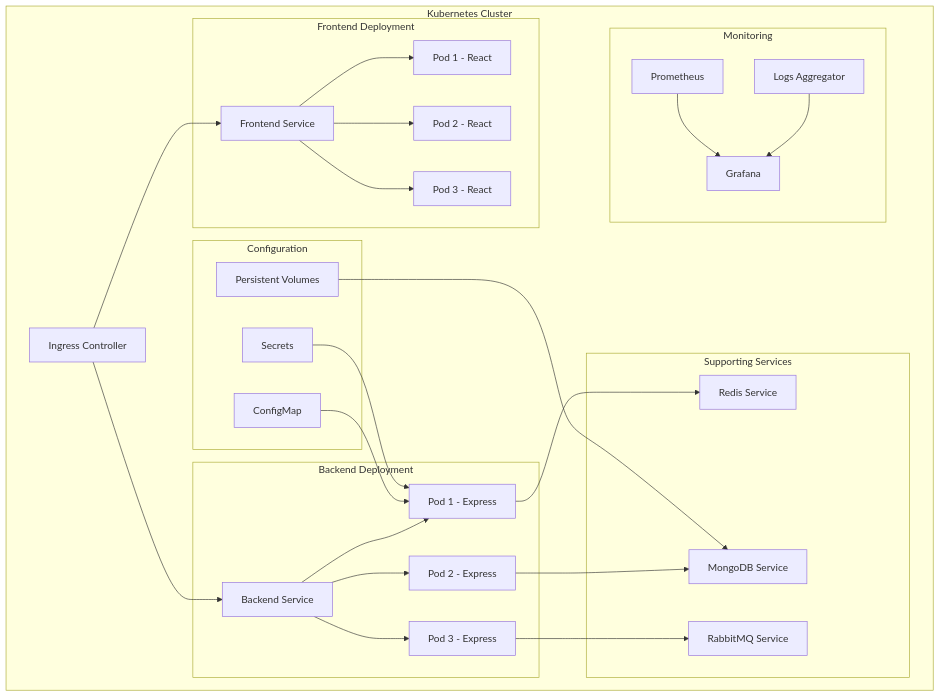
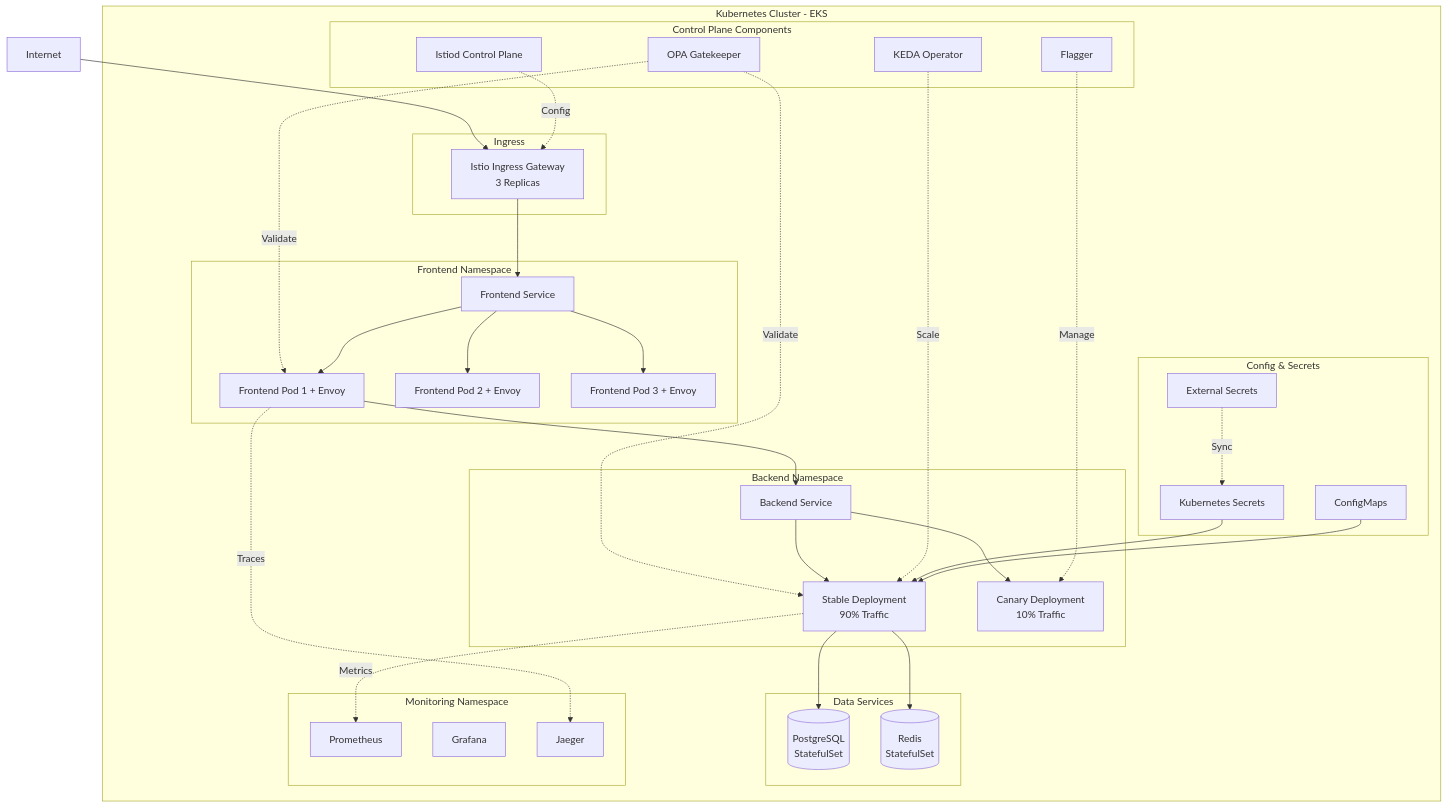
Diagram 23 of 26 in ARCHITECTURE.md (Derek-miranda/DocuThinker-AI), drawn with Mermaid before and after one commit. The commit also changed other lines of this file and 36 other files, not shown here.

````diff
--- a/ARCHITECTURE.md
+++ b/ARCHITECTURE.md
@@ -1014,60 +1790,71 @@
 ```mermaid
 graph TB
-    subgraph "Kubernetes Cluster"
-        A[Ingress Controller]
-
-        subgraph "Frontend Deployment"
-            B[Frontend Service]
-            C[Pod 1 - React]
-            D[Pod 2 - React]
-            E[Pod 3 - React]
+    subgraph "Kubernetes Cluster - EKS"
+        subgraph "Control Plane Components"
+            ISTIOD[Istiod Control Plane]
+            OPA_CTRL[OPA Gatekeeper]
+            FLAGGER_CTRL[Flagger]
+            KEDA_CTRL[KEDA Operator]
         end
 
-        subgraph "Backend Deployment"
-            F[Backend Service]
-            G[Pod 1 - Express]
-            H[Pod 2 - Express]
-            I[Pod 3 - Express]
+        subgraph "Ingress"
+            ISTIO_IG[Istio Ingress Gateway<br/>3 Replicas]
         end
 
-        subgraph "Supporting Services"
-            J[Redis Service]
-            K[MongoDB Service]
-            L[RabbitMQ Service]
+        subgraph "Frontend Namespace"
+            FE_SVC[Frontend Service]
+            FE1[Frontend Pod 1 + Envoy]
+            FE2[Frontend Pod 2 + Envoy]
+            FE3[Frontend Pod 3 + Envoy]
         end
 
-        subgraph "Configuration"
-            M[ConfigMap]
-            N[Secrets]
-            O[Persistent Volumes]
+        subgraph "Backend Namespace"
+            BE_SVC[Backend Service]
+            BE_STABLE[Stable Deployment<br/>90% Traffic]
+            BE_CANARY[Canary Deployment<br/>10% Traffic]
         end
 
-        subgraph "Monitoring"
-            P[Prometheus]
-            Q[Grafana]
-            R[Logs Aggregator]
+        subgraph "Data Services"
+            PG_SVC[(PostgreSQL<br/>StatefulSet)]
+            REDIS_SVC[(Redis<br/>StatefulSet)]
+        end
+
+        subgraph "Monitoring Namespace"
+            PROM[Prometheus]
+            GRAF[Grafana]
+            JAEGER[Jaeger]
+        end
+
+        subgraph "Config & Secrets"
+            CM[ConfigMaps]
+            SECRET[Kubernetes Secrets]
+            ESO[External Secrets]
         end
     end
 
-    A --> B
-    A --> F
+    INTERNET[Internet] --> ISTIO_IG
 
-    B --> C
-    B --> D
-    B --> E
+    ISTIOD -.->|Config| ISTIO_IG
+    OPA_CTRL -.->|Validate| FE1
+    OPA_CTRL -.->|Validate| BE_STABLE
 
-    F --> G
-    F --> H
-    F --> I
+    ISTIO_IG --> FE_SVC
+    FE_SVC --> FE1 & FE2 & FE3
 
-    G --> J
-    H --> K
-    I --> L
+    FE1 --> BE_SVC
+    BE_SVC --> BE_STABLE
+    BE_SVC --> BE_CANARY
 
-    M --> G
-    N --> G
-    O --> K
+    FLAGGER_CTRL -.->|Manage| BE_CANARY
+    KEDA_CTRL -.->|Scale| BE_STABLE
 
-    P --> Q
-    R --> Q
+    BE_STABLE --> PG_SVC
+    BE_STABLE --> REDIS_SVC
+
+    BE_STABLE -.->|Metrics| PROM
+    FE1 -.->|Traces| JAEGER
+
+    ESO -.->|Sync| SECRET
+    SECRET --> BE_STABLE
+    CM --> BE_STABLE
 ```
````
